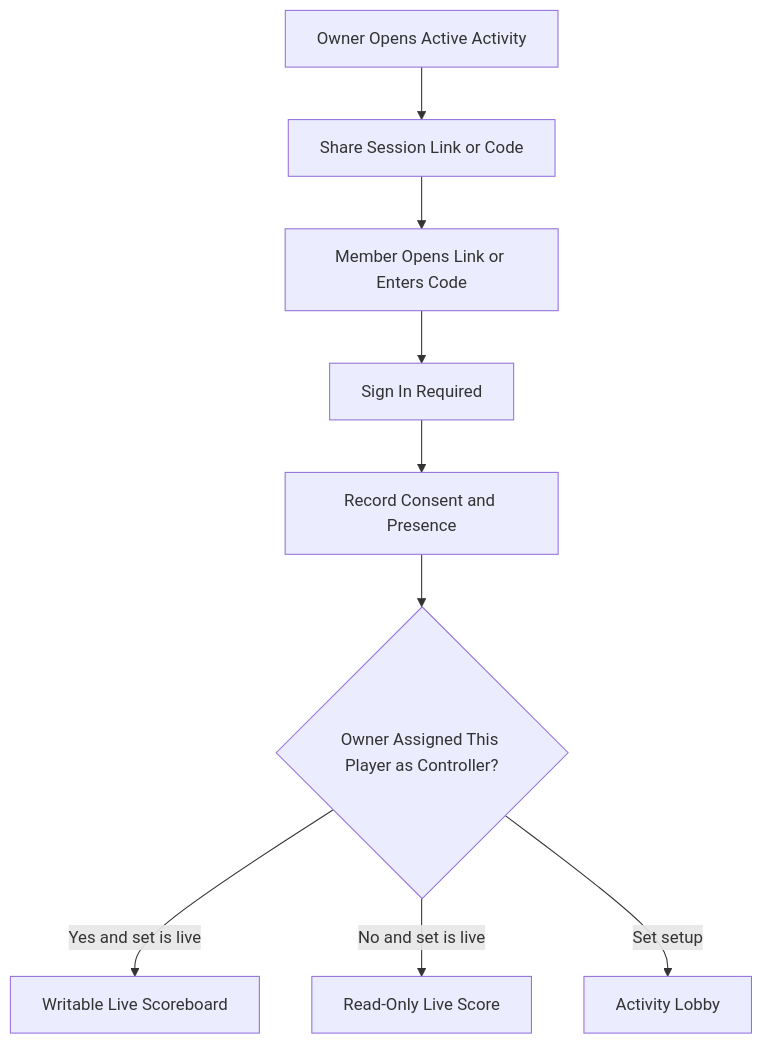
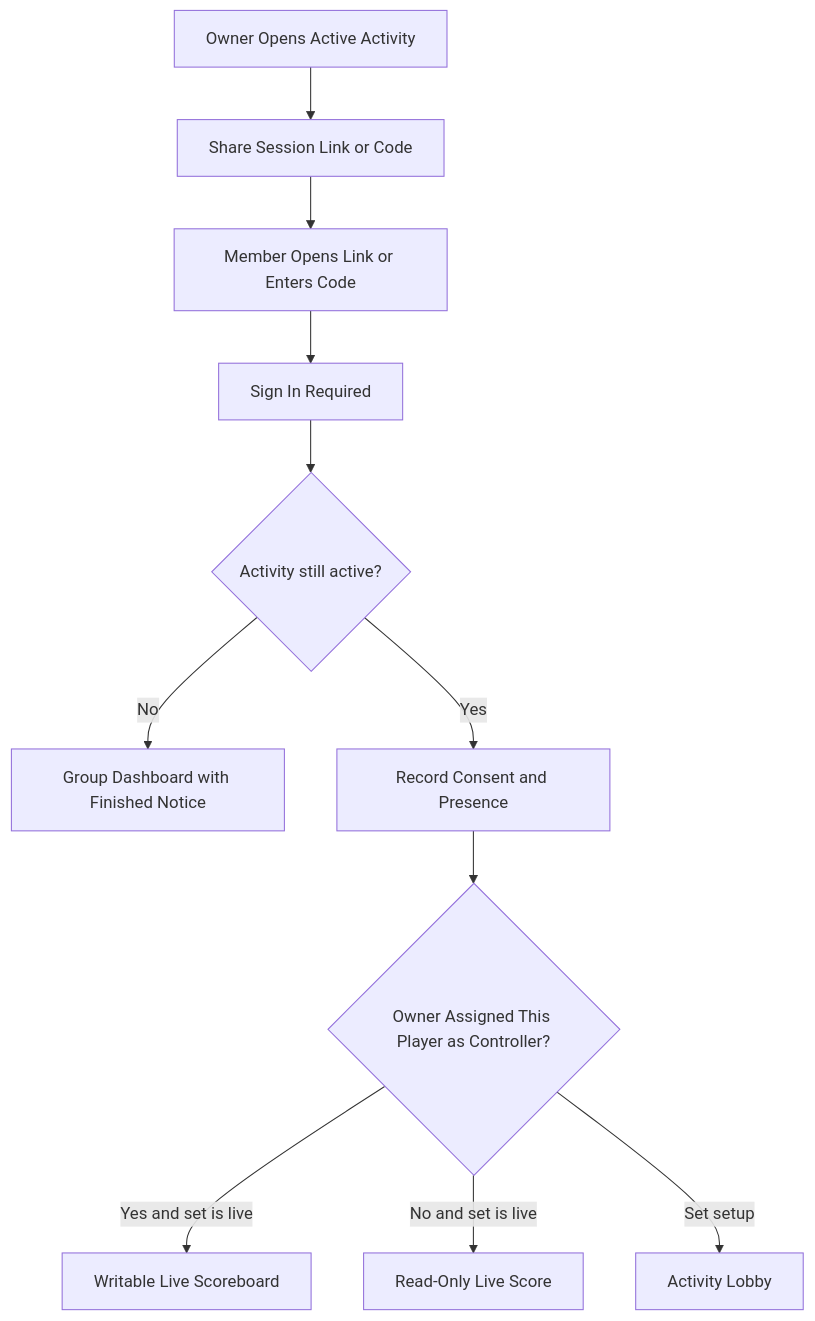
One commit to yogzis/Padel-Mate changed the eighth of 25 diagrams in docs/04-project-diagrams.md. Above: the diagram before and after it, drawn with Mermaid. The commit also changed other lines of this file and 10 other files, not shown here.

Commit message:
Keep finished and abandoned activities as history, not live sessions.

````diff
--- a/docs/04-project-diagrams.md
+++ b/docs/04-project-diagrams.md
@@ -206,11 +206,13 @@
 ```mermaid
 flowchart TD
   A[Owner Opens Active Activity] --> B[Share Session Link or Code]
   B --> C[Member Opens Link or Enters Code]
   C --> D[Sign In Required]
-  D --> E[Record Consent and Presence]
-  E --> F{Owner Assigned This Player as Controller?}
-  F -->|Yes and set is live| G[Writable Live Scoreboard]
-  F -->|No and set is live| H[Read-Only Live Score]
-  F -->|Set setup| I[Activity Lobby]
+  D --> E{Activity still active?}
+  E -->|No| J[Group Dashboard with Finished Notice]
+  E -->|Yes| F[Record Consent and Presence]
+  F --> G{Owner Assigned This Player as Controller?}
+  G -->|Yes and set is live| H[Writable Live Scoreboard]
+  G -->|No and set is live| I[Read-Only Live Score]
+  G -->|Set setup| K[Activity Lobby]
 ```
````
